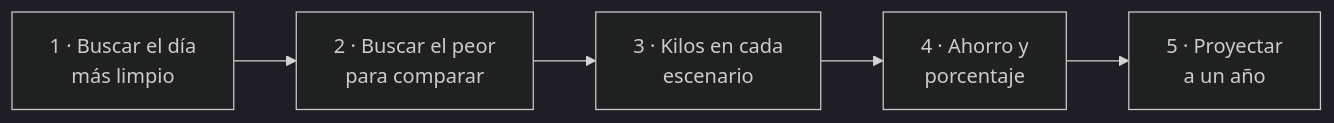
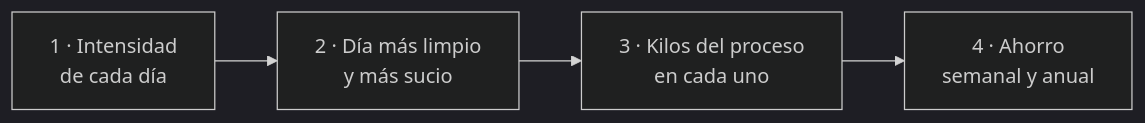
One commit to campusdevfp/sost2627 changed the third of 4 diagrams in docs/ut2/index.md. Above: the diagram before and after it, drawn with Mermaid (dark theme). The commit also changed other lines of this file and 2 other files, not shown here.

````diff
--- a/docs/ut2/index.md
+++ b/docs/ut2/index.md
@@ -262,7 +268,6 @@
 ```mermaid
 flowchart LR
-    A["1 · Buscar el día<br/>más limpio"] --> B["2 · Buscar el peor<br/>para comparar"]
-    B --> C["3 · Kilos en cada<br/>escenario"]
-    C --> D["4 · Ahorro y<br/>porcentaje"]
-    D --> E["5 · Proyectar<br/>a un año"]
+    A["1 · Intensidad<br/>de cada día"] --> B["2 · Día más limpio<br/>y más sucio"]
+    B --> C["3 · Kilos del proceso<br/>en cada uno"]
+    C --> D["4 · Ahorro<br/>semanal y anual"]
 ```
````
